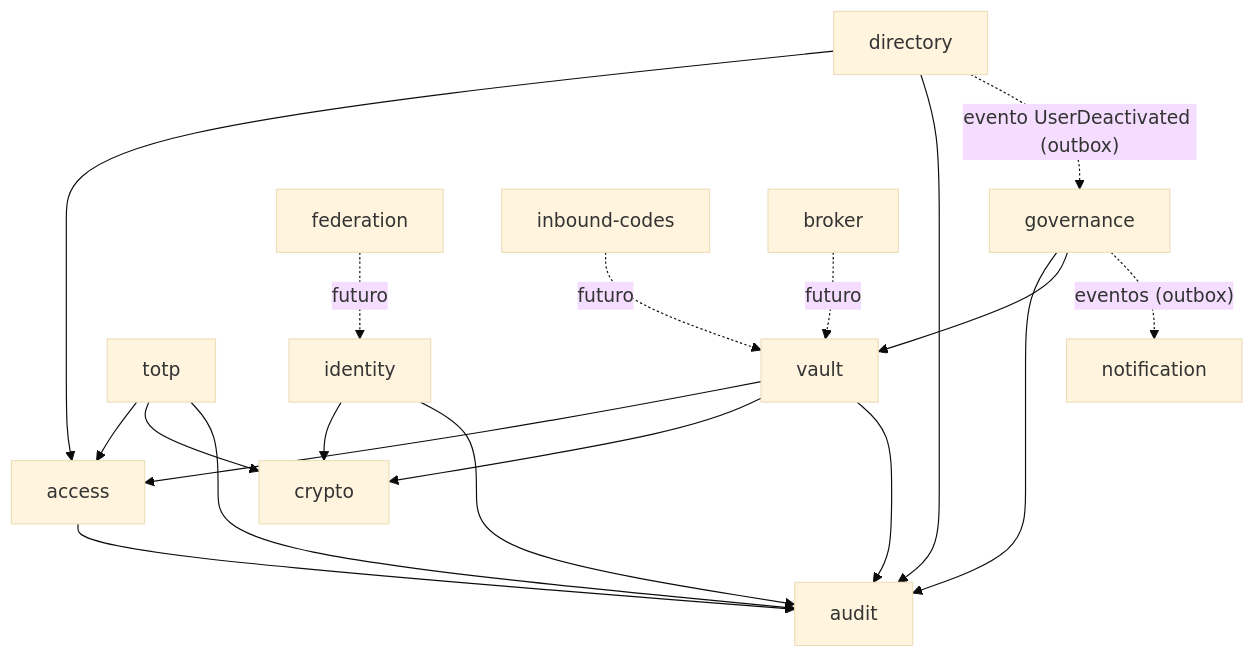
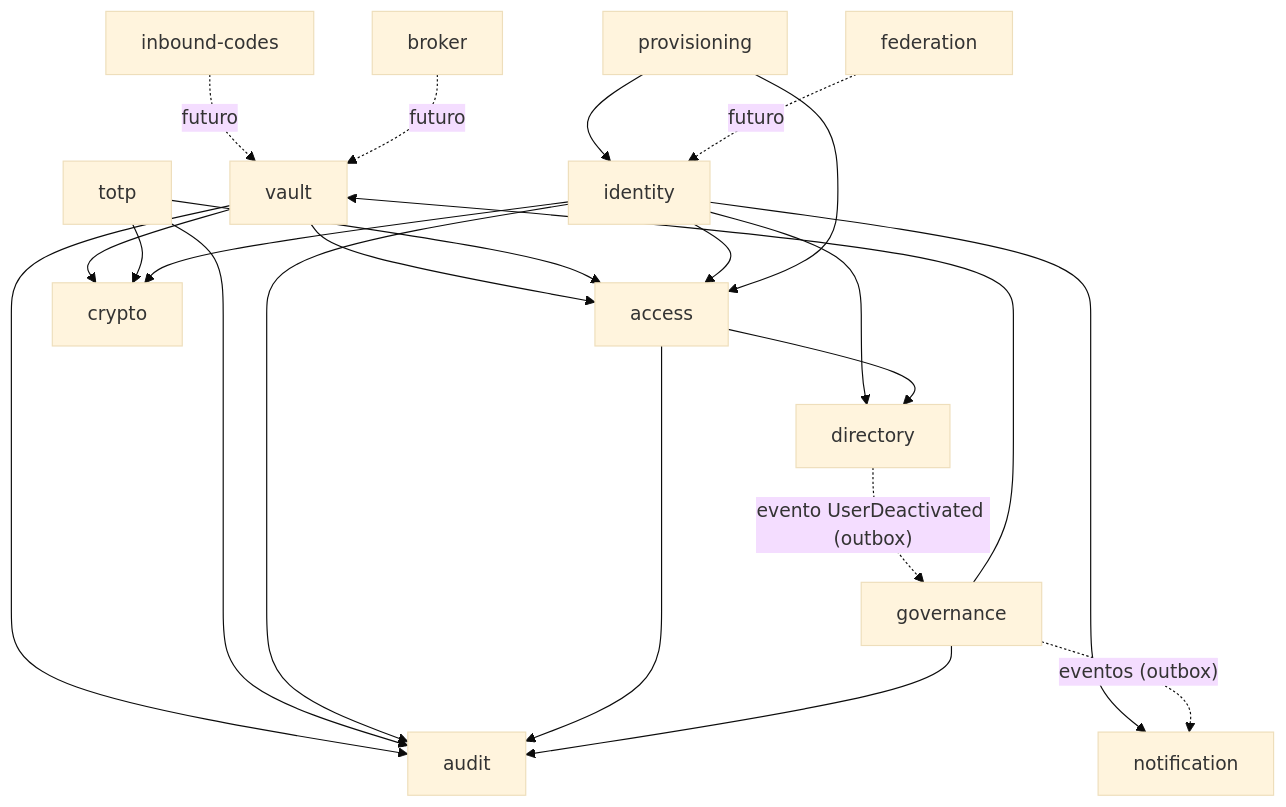
One commit to OJoshuaCG/compass changed the second of 6 diagrams in docs/architecture.md. Above: the diagram before and after it, drawn with Mermaid (base theme). The commit also changed other lines of this file and 26 other files, not shown here.

````diff
--- a/docs/architecture.md
+++ b/docs/architecture.md
@@ -102,21 +106,25 @@
 ```mermaid
 flowchart TD
   vault --> access
   vault --> crypto
   vault --> audit
   totp --> access
   totp --> crypto
   totp --> audit
   identity --> crypto
   identity --> audit
-  directory --> access
-  directory --> audit
+  identity --> access
+  identity --> directory
+  identity --> notification
+  provisioning --> identity
+  provisioning --> access
+  access --> directory
   access --> audit
   governance --> audit
   governance --> vault
   directory -. "evento UserDeactivated (outbox)" .-> governance
   governance -. "eventos (outbox)" .-> notification
   federation -. "futuro" .-> identity
   inbound["inbound-codes"] -. "futuro" .-> vault
   broker -. "futuro" .-> vault
 ```
````
